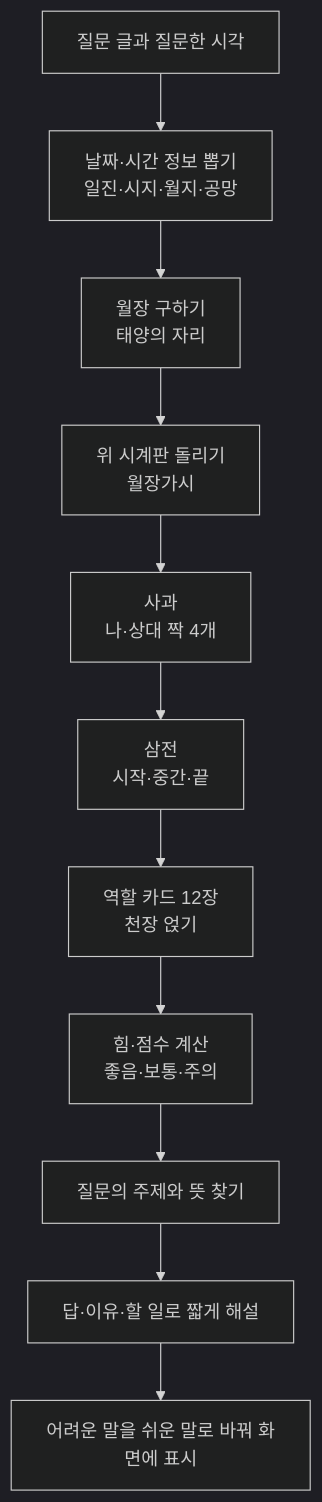
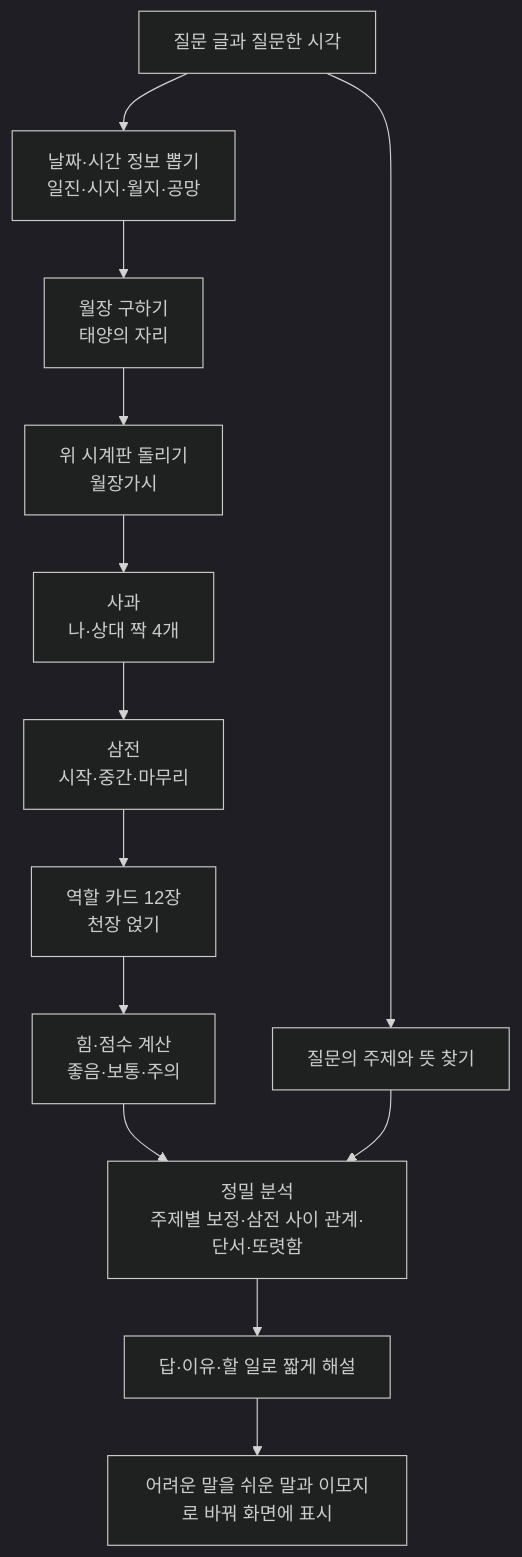
The diagram in docs/HOW_LIUREN_WORKS.md (Kreuznach/Today-LiuRen), drawn with Mermaid (dark theme) before and after one commit. The commit also changed other lines of this file and 17 other files, not shown here.

````diff
--- a/docs/HOW_LIUREN_WORKS.md
+++ b/docs/HOW_LIUREN_WORKS.md
@@ -209,13 +282,15 @@
 ```mermaid
 flowchart TD
     A[질문 글과 질문한 시각] --> B[날짜·시간 정보 뽑기<br/>일진·시지·월지·공망]
     B --> C[월장 구하기<br/>태양의 자리]
     C --> D[위 시계판 돌리기<br/>월장가시]
     D --> E[사과<br/>나·상대 짝 4개]
-    E --> F[삼전<br/>시작·중간·끝]
+    E --> F[삼전<br/>시작·중간·마무리]
     F --> G[역할 카드 12장<br/>천장 얹기]
     G --> H[힘·점수 계산<br/>좋음·보통·주의]
-    H --> I[질문의 주제와 뜻 찾기]
-    I --> J[답·이유·할 일로 짧게 해설]
-    J --> K[어려운 말을 쉬운 말로 바꿔 화면에 표시]
+    A --> I[질문의 주제와 뜻 찾기]
+    H --> P[정밀 분석<br/>주제별 보정·삼전 사이 관계·단서·또렷함]
+    I --> P
+    P --> J[답·이유·할 일로 짧게 해설]
+    J --> K[어려운 말을 쉬운 말과 이모지로 바꿔 화면에 표시]
 ```
````
